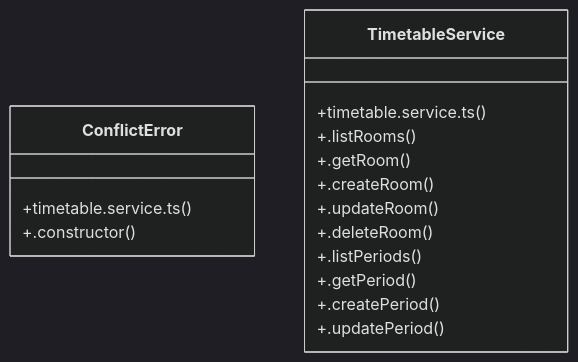
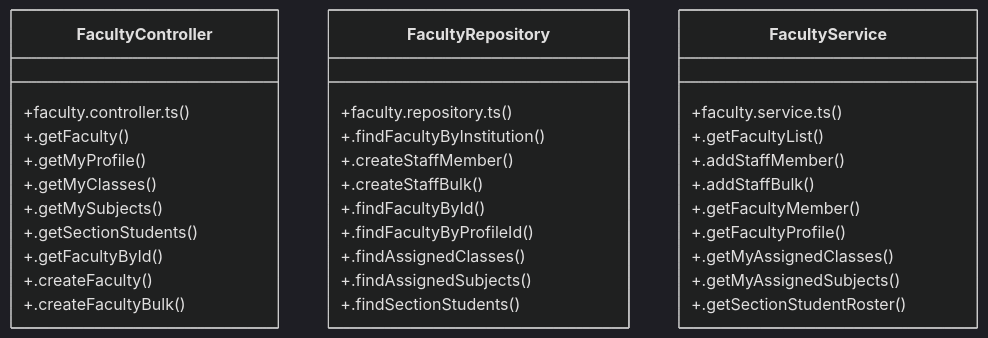
The diagram in graphify-out/wiki/[[academicYear,_setAcademicYear]_&_[activeSection,_setActiveSection]]_Cluster.md (laxminivas06/vidforum), drawn with Mermaid (dark theme) before and after one commit. The commit also changed other lines of this file and 118 other files, not shown here.

````diff
--- a/graphify-out/wiki/[[academicYear,_setAcademicYear]_&_[activeSection,_setActiveSection]]_Cluster.md
+++ b/graphify-out/wiki/[[academicYear,_setAcademicYear]_&_[activeSection,_setActiveSection]]_Cluster.md
@@ -36,19 +36,36 @@
 ```mermaid
 classDiagram
-    class ConflictError {
-        +timetable.service.ts()
-        +.constructor()
+    class FacultyController {
+        +faculty.controller.ts()
+        +.getFaculty()
+        +.getMyProfile()
+        +.getMyClasses()
+        +.getMySubjects()
+        +.getSectionStudents()
+        +.getFacultyById()
+        +.createFaculty()
+        +.createFacultyBulk()
     }
-    class TimetableService {
-        +timetable.service.ts()
-        +.listRooms()
-        +.getRoom()
-        +.createRoom()
-        +.updateRoom()
-        +.deleteRoom()
-        +.listPeriods()
-        +.getPeriod()
-        +.createPeriod()
-        +.updatePeriod()
+    class FacultyRepository {
+        +faculty.repository.ts()
+        +.findFacultyByInstitution()
+        +.createStaffMember()
+        +.createStaffBulk()
+        +.findFacultyById()
+        +.findFacultyByProfileId()
+        +.findAssignedClasses()
+        +.findAssignedSubjects()
+        +.findSectionStudents()
+    }
+    class FacultyService {
+        +faculty.service.ts()
+        +.getFacultyList()
+        +.addStaffMember()
+        +.addStaffBulk()
+        +.getFacultyMember()
+        +.getFacultyProfile()
+        +.getMyAssignedClasses()
+        +.getMyAssignedSubjects()
+        +.getSectionStudentRoster()
     }
 ```
````
